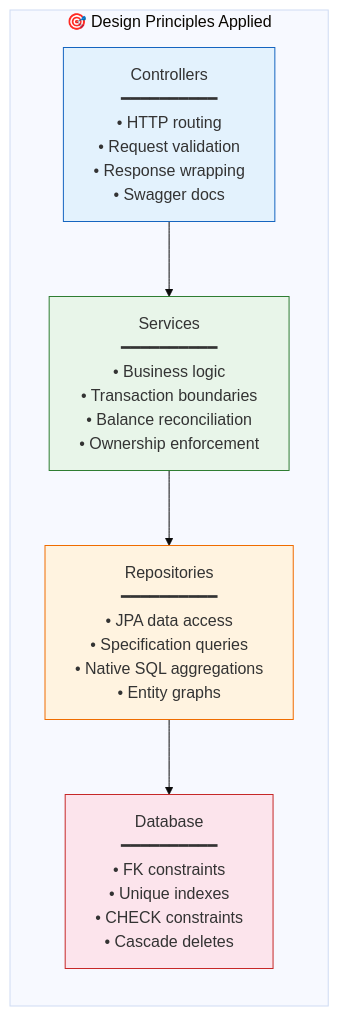
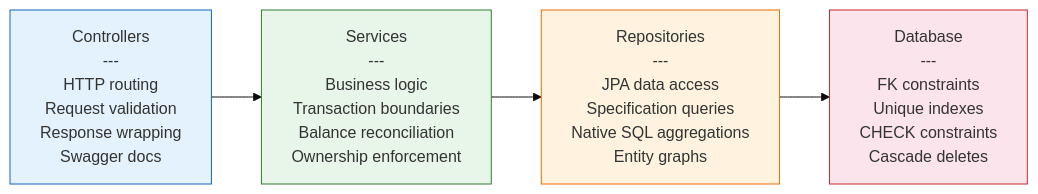
Before and after one commit to johngech/finance-tracker-api: the second of 7 diagrams in README.md, drawn with Mermaid (base theme). The commit also changed other lines of this file, not shown here.

````diff
--- a/README.md
+++ b/README.md
@@ -152,15 +138,9 @@
 ```mermaid
 graph LR
-    subgraph "🎯 Design Principles Applied"
-        A["Controllers<br/>━━━━━━━━━━<br/>• HTTP routing<br/>• Request validation<br/>• Response wrapping<br/>• Swagger docs"]
-        B["Services<br/>━━━━━━━━━━<br/>• Business logic<br/>• Transaction boundaries<br/>• Balance reconciliation<br/>• Ownership enforcement"]
-        C["Repositories<br/>━━━━━━━━━━<br/>• JPA data access<br/>• Specification queries<br/>• Native SQL aggregations<br/>• Entity graphs"]
-        D["Database<br/>━━━━━━━━━━<br/>• FK constraints<br/>• Unique indexes<br/>• CHECK constraints<br/>• Cascade deletes"]
-    end
-    A --> B --> C --> D
+    A["Controllers<br/>---<br/>HTTP routing<br/>Request validation<br/>Response wrapping<br/>Swagger docs"] --> B["Services<br/>---<br/>Business logic<br/>Transaction boundaries<br/>Balance reconciliation<br/>Ownership enforcement"] --> C["Repositories<br/>---<br/>JPA data access<br/>Specification queries<br/>Native SQL aggregations<br/>Entity graphs"] --> D["Database<br/>---<br/>FK constraints<br/>Unique indexes<br/>CHECK constraints<br/>Cascade deletes"]
 
     style A fill:#e3f2fd,stroke:#1565c0
     style B fill:#e8f5e9,stroke:#2e7d32
     style C fill:#fff3e0,stroke:#ef6c00
     style D fill:#fce4ec,stroke:#c62828
 ```
````
